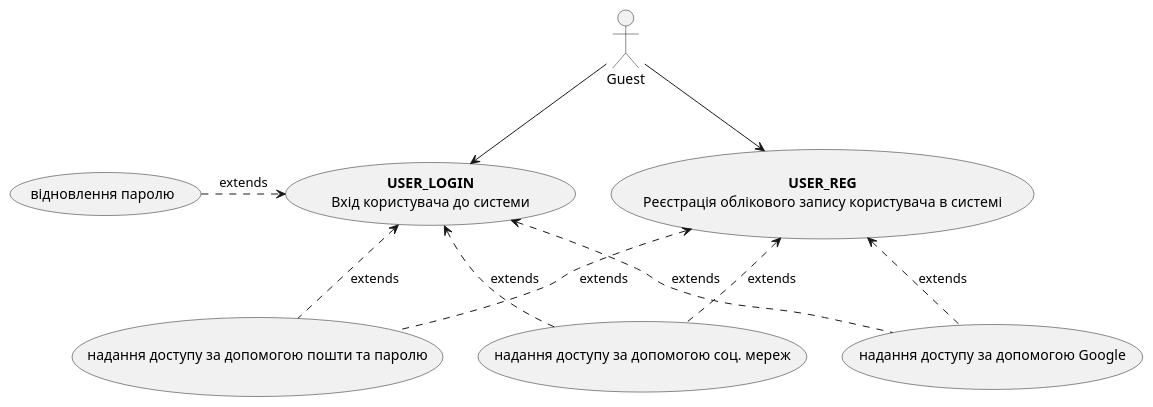
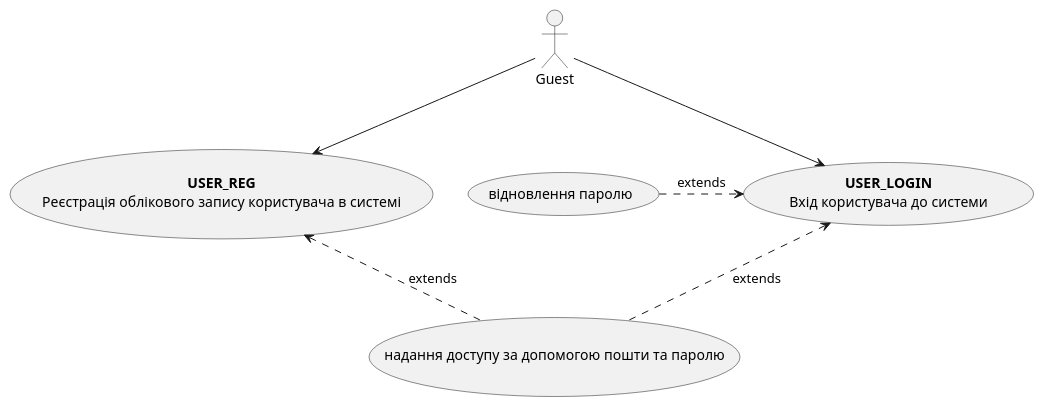
The second of 22 diagrams in docs/use_cases.md (zhkcll/lab6), drawn with PlantUML before and after one commit. The commit also changed other lines of this file, not shown here.

````diff
--- a/docs/use_cases.md
+++ b/docs/use_cases.md
@@ -53,26 +53,20 @@
 ```plantuml
 @startuml
 
     actor "Guest" as Guest
 
     usecase "<b>USER_LOGIN</b>\nВхід користувача до системи" as UC_1
     usecase "<b>USER_REG</b>\nРеєстрація облікового запису користувача в системі" as UC_2
     usecase "надання доступу за допомогою пошти та паролю" as UC_3
-    usecase "надання доступу за допомогою Google" as UC_4
-    usecase "надання доступу за допомогою соц. мереж" as UC_5
     usecase "відновлення паролю" as UC_6
 
     Guest -d-> UC_1
     Guest -d-> UC_2
 
     UC_3 .u.> UC_1 : extends
-    UC_4 .u.> UC_1 : extends
-    UC_5 .u.> UC_1 : extends
     UC_3 .u.> UC_2 : extends
-    UC_4 .u.> UC_2 : extends
-    UC_5 .u.> UC_2 : extends
     UC_6 .r.> UC_1 : extends
 
 
 @enduml
 ```
````
